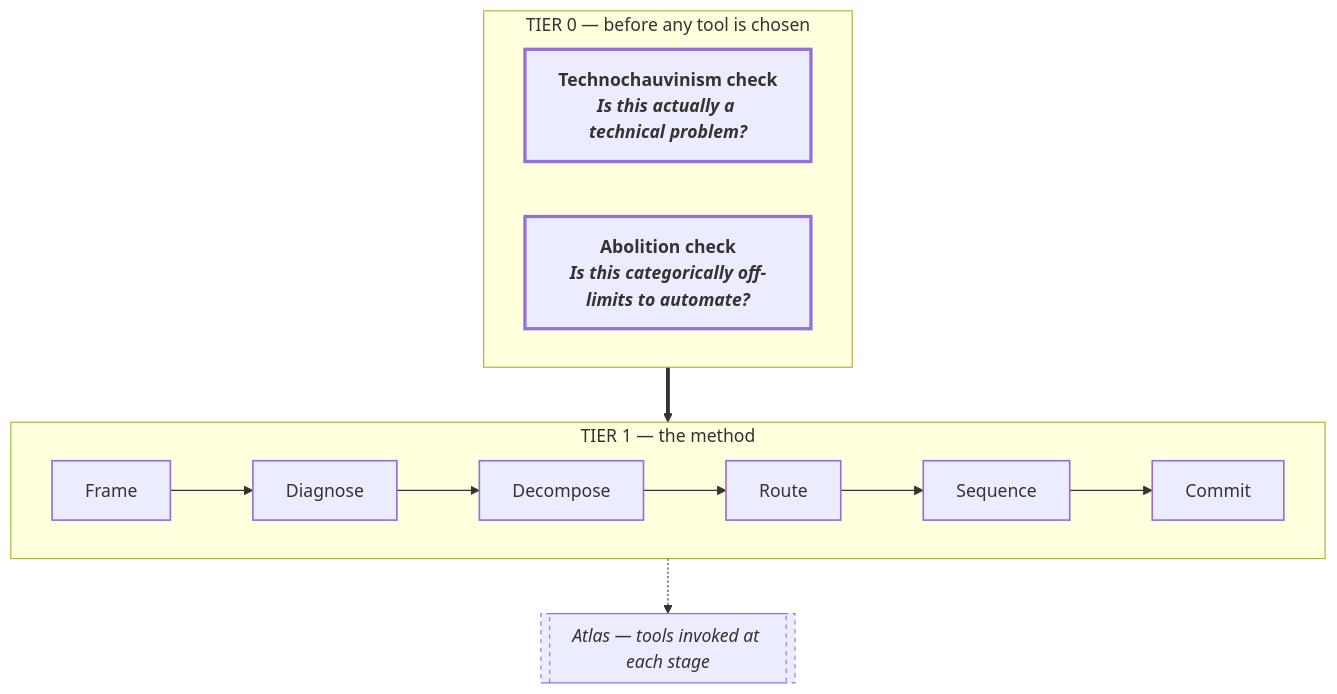
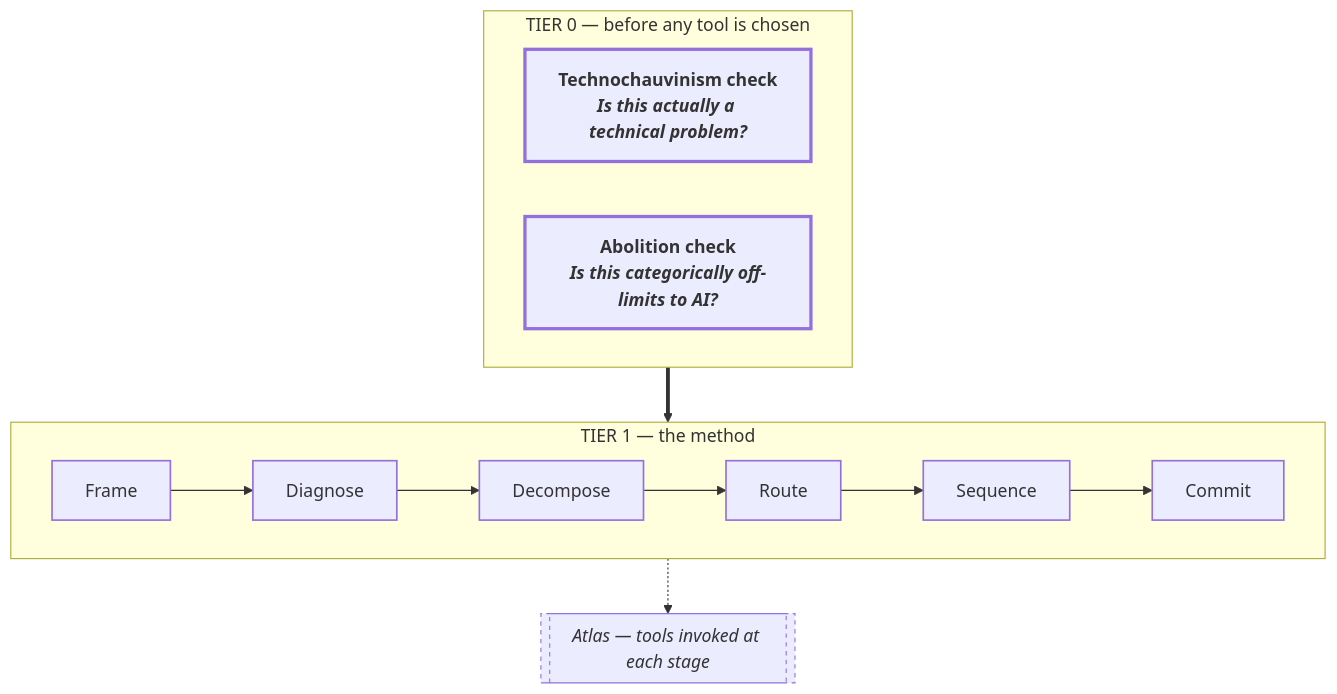
The diagram in docs/illustration-1-1.md (saviranta/know-when-to-ai), drawn with Mermaid before and after one commit. The commit also changed 3 other files, not shown here.

First line of the commit message:
Align abolition-check language with 'Off-limits to AI' answer

````diff
--- a/docs/illustration-1-1.md
+++ b/docs/illustration-1-1.md
@@ -5,24 +5,24 @@
 ```mermaid
 flowchart TD
   subgraph TIER0["TIER 0 &mdash; before any tool is chosen"]
     direction LR
     G1["<b>Technochauvinism check</b><br/><i>Is this actually a technical problem?</i>"]
-    G2["<b>Abolition check</b><br/><i>Is this categorically off-limits to automate?</i>"]
+    G2["<b>Abolition check</b><br/><i>Is this categorically off-limits to AI?</i>"]
   end
 
   TIER0 ==> SPINE
 
   subgraph SPINE["TIER 1 &mdash; the method"]
     direction LR
     S1[Frame] --> S2[Diagnose] --> S3[Decompose] --> S4[Route] --> S5[Sequence] --> S6[Commit]
   end
 
   SPINE -.-> ATLAS[["Atlas &mdash; tools invoked at each stage"]]
 
   classDef tier0Gate stroke-width:3px,font-weight:bold;
   classDef tier1Stage stroke-width:1.5px;
   classDef atlasNote stroke-dasharray:4 4,stroke-width:1px,font-style:italic;
   class G1,G2 tier0Gate;
   class S1,S2,S3,S4,S5,S6 tier1Stage;
   class ATLAS atlasNote;
 ```
````
